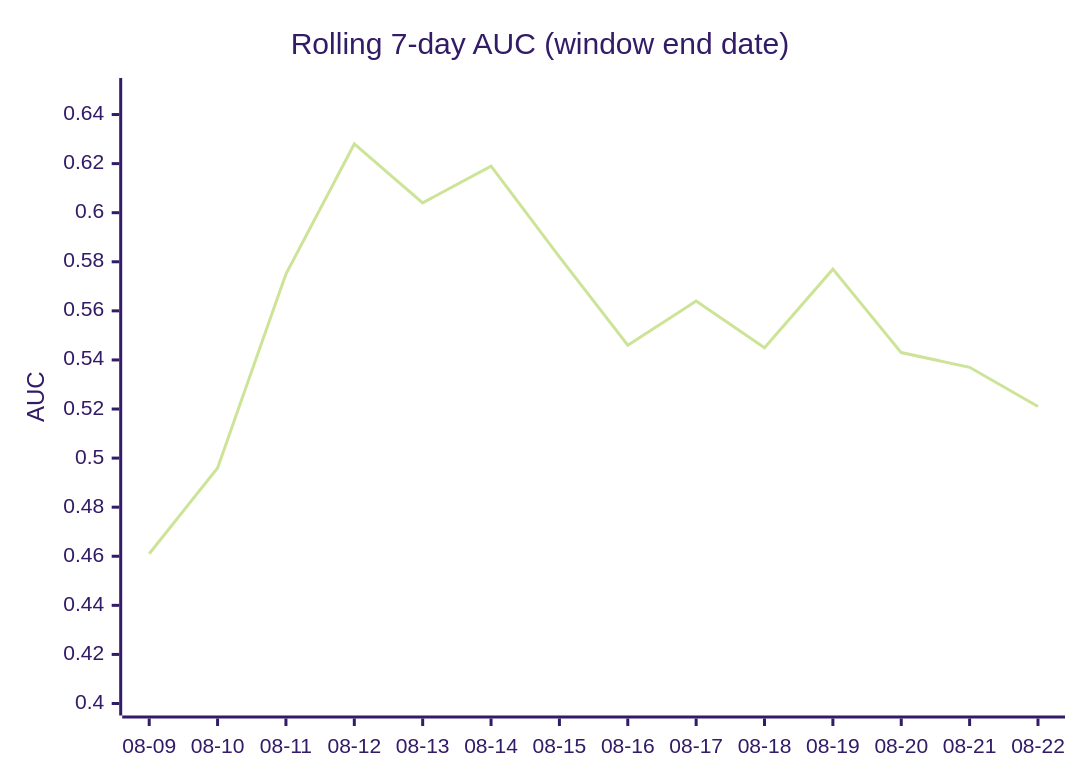
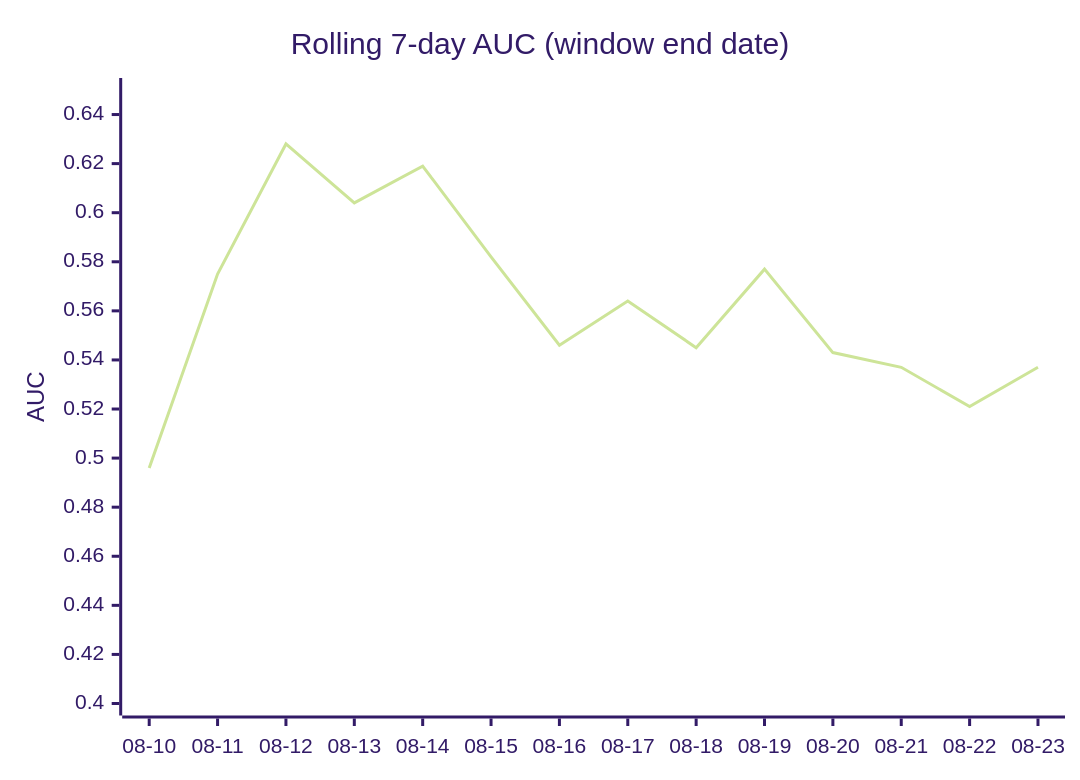
One commit to dpk1212/nhl-savant changed the third of 4 diagrams in DAILY_AGSU_REPORT.md. Above: the diagram before and after it, drawn with Mermaid (forest theme). The commit also changed other lines of this file, not shown here.

````diff
--- a/DAILY_AGSU_REPORT.md
+++ b/DAILY_AGSU_REPORT.md
@@ -833,7 +837,7 @@
 ```mermaid
 xychart-beta
     title "Rolling 7-day AUC (window end date)"
-    x-axis ["08-09", "08-10", "08-11", "08-12", "08-13", "08-14", "08-15", "08-16", "08-17", "08-18", "08-19", "08-20", "08-21", "08-22"]
+    x-axis ["08-10", "08-11", "08-12", "08-13", "08-14", "08-15", "08-16", "08-17", "08-18", "08-19", "08-20", "08-21", "08-22", "08-23"]
     y-axis "AUC" 0.4 --> 0.65
-    line [0.461, 0.496, 0.575, 0.628, 0.604, 0.619, 0.582, 0.546, 0.564, 0.545, 0.577, 0.543, 0.537, 0.521]
+    line [0.496, 0.575, 0.628, 0.604, 0.619, 0.582, 0.546, 0.564, 0.545, 0.577, 0.543, 0.537, 0.521, 0.537]
 ```
````
